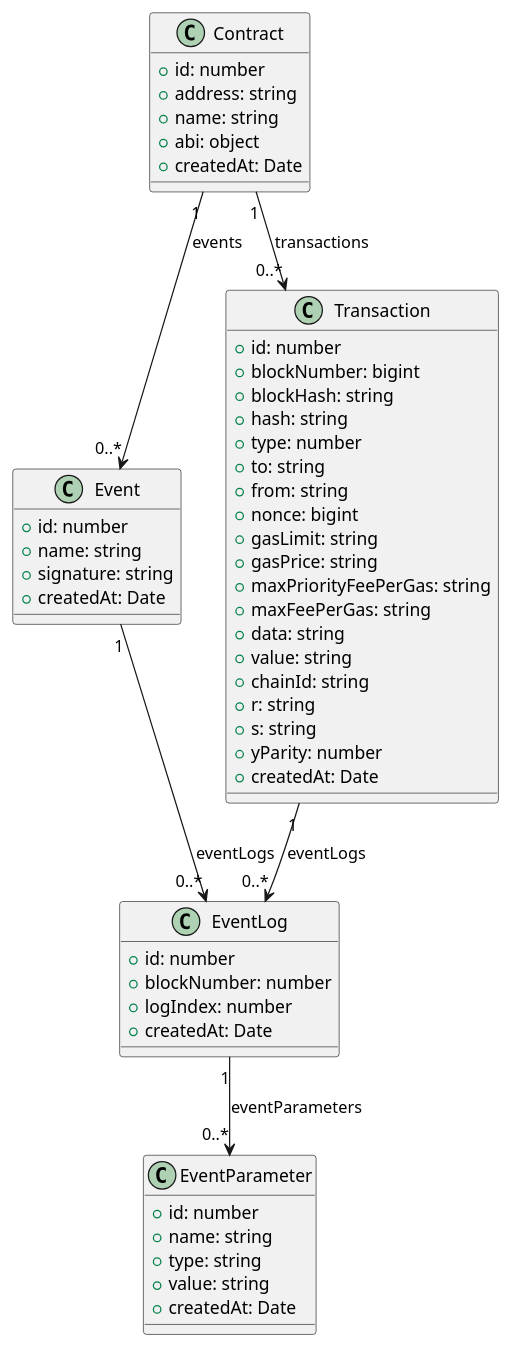
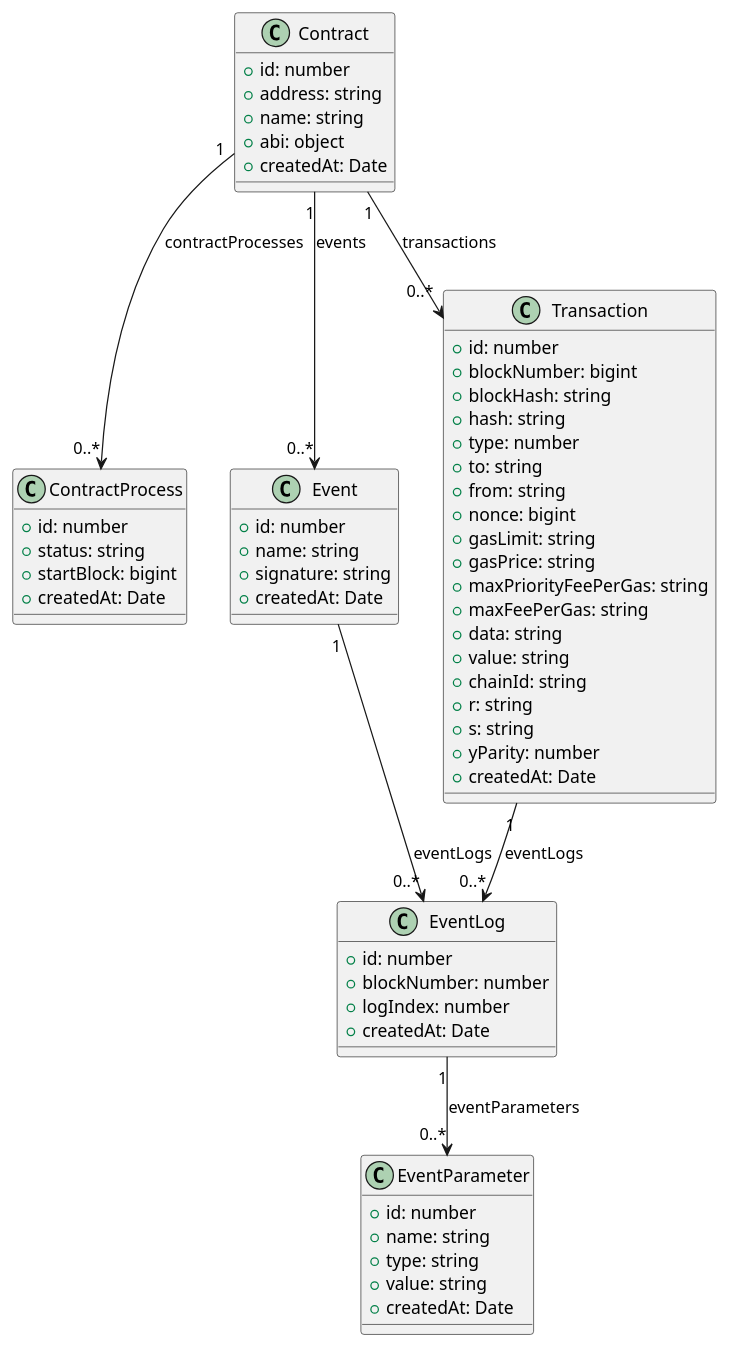
Before and after one commit to francoperez03/lachain-indexer: the diagram in backend/class-diagram.puml, drawn with PlantUML. The commit also changed 4 other files, not shown here.

```diff
--- a/backend/class-diagram.puml
+++ b/backend/class-diagram.puml
@@ -1,67 +1,76 @@
-@startuml LaChain Indexer
+@startuml echoSmart Diagram Class
 
 class Contract {
   + id: number
   + address: string
   + name: string
   + abi: object
+  + createdAt: Date
+}
+
+class ContractProcess {
+  + id: number
+  + status: string
+  + startBlock: bigint
   + createdAt: Date
 }
 
 class Event {
   + id: number
   + name: string
   + signature: string
   + createdAt: Date
 }
 
 class EventLog {
   + id: number
   + blockNumber: number
   + logIndex: number
   + createdAt: Date
 }
 
 class EventParameter {
   + id: number
   + name: string
   + type: string
   + value: string
   + createdAt: Date
 }
 
 class Transaction {
   + id: number
   + blockNumber: bigint
   + blockHash: string
   + hash: string
   + type: number
   + to: string
   + from: string
   + nonce: bigint
   + gasLimit: string
   + gasPrice: string
   + maxPriorityFeePerGas: string
   + maxFeePerGas: string
   + data: string
   + value: string
   + chainId: string
   + r: string
   + s: string
   + yParity: number
   + createdAt: Date
 }
 
 ' Relaciones entre las entidades
 
 Contract "1" --> "0..*" Event : events
 
+Contract "1" --> "0..*" ContractProcess : contractProcesses
+
 Event "1" --> "0..*" EventLog : eventLogs
 
 Contract "1" --> "0..*" Transaction : transactions
 
 Transaction "1" --> "0..*" EventLog : eventLogs
 
 EventLog "1" --> "0..*" EventParameter : eventParameters
 
 @enduml
```
